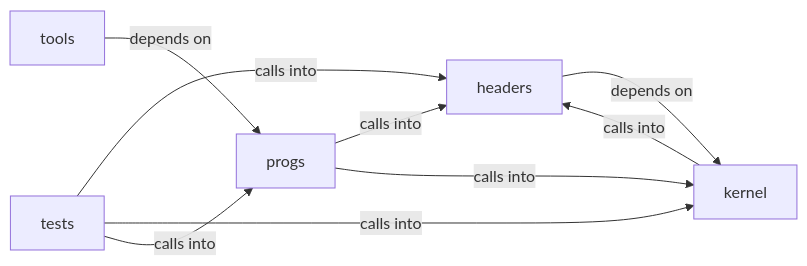
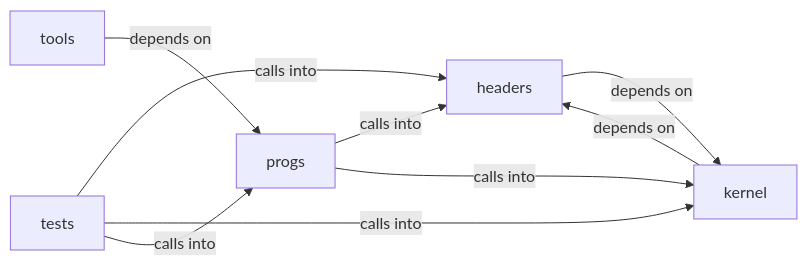
Before and after one commit to grisuno/miniOS: the diagram in readmenator-diagrams/progs_src.md, drawn with Mermaid. The commit also changed other lines of this file and 184 other files, not shown here.

````diff
--- a/readmenator-diagrams/progs_src.md
+++ b/readmenator-diagrams/progs_src.md
@@ -5,16 +5,16 @@
 ```mermaid
 graph LR
     headers["headers"]
     kernel["kernel"]
     progs["progs"]
     tests["tests"]
     tools["tools"]
     headers -- "depends on" --> kernel
-    kernel -- "calls into" --> headers
+    kernel -- "depends on" --> headers
     progs -- "calls into" --> headers
     progs -- "calls into" --> kernel
     tests -- "calls into" --> headers
     tests -- "calls into" --> kernel
     tests -- "calls into" --> progs
     tools -- "depends on" --> progs
 ```
````
